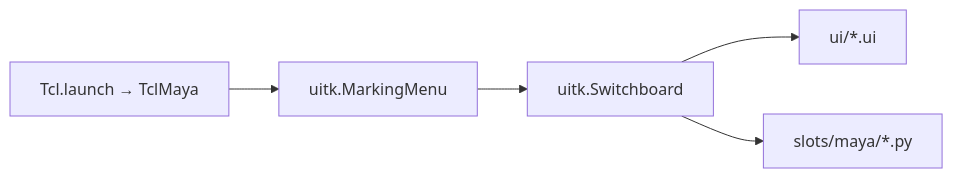
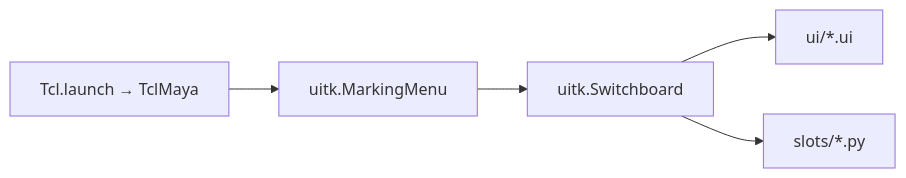
The diagram in docs/README.md (m3trik/tentacle), drawn with Mermaid before and after one commit. The commit also changed other lines of this file and 141 other files, not shown here.

````diff
--- a/docs/README.md
+++ b/docs/README.md
@@ -62,7 +62,7 @@
 ```mermaid
 flowchart LR
     A[Tcl.launch → TclMaya] --> B[uitk.MarkingMenu]
     B --> C[uitk.Switchboard]
     C --> D[ui/*.ui]
-    C --> E[slots/maya/*.py]
+    C --> E[slots/*.py]
 ```
````
